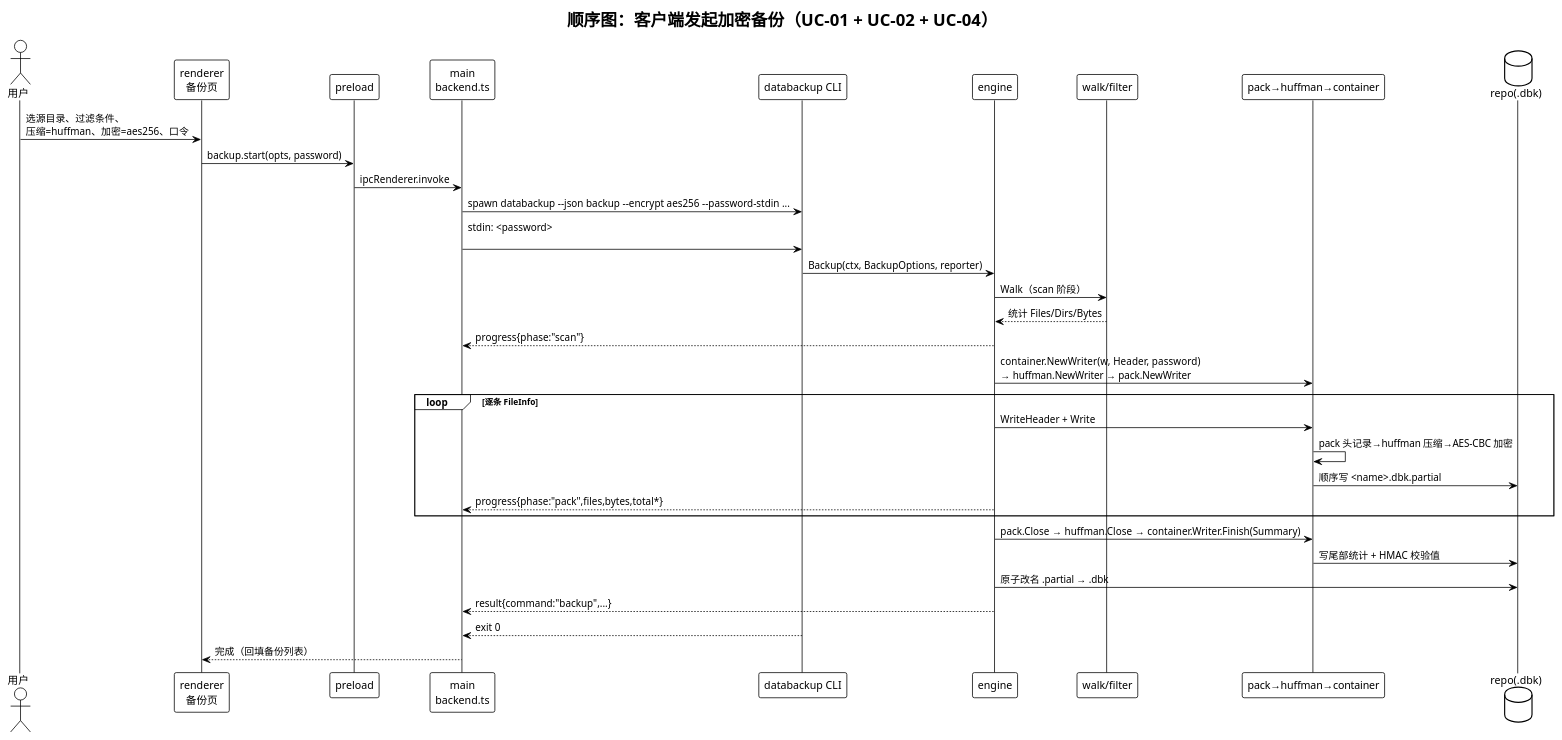
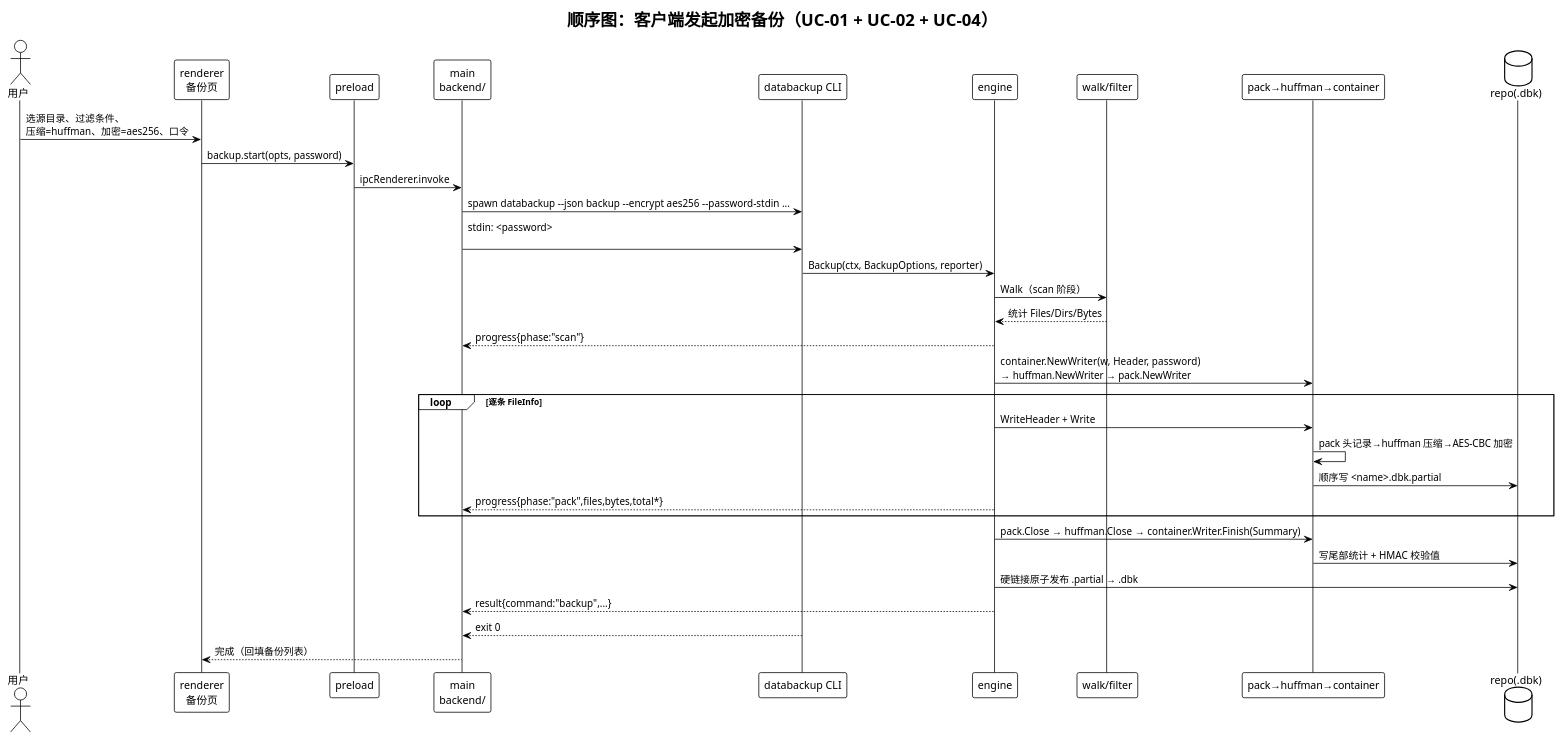
The diagram in docs/deliverables/diagrams/seq-backup.puml (Piaoxuemoli/software-class-qoobeewang), drawn with PlantUML before and after one commit. The commit also changed 16 other files, not shown here.

```diff
--- a/docs/deliverables/diagrams/seq-backup.puml
+++ b/docs/deliverables/diagrams/seq-backup.puml
@@ -1,37 +1,37 @@
 @startuml seq-backup
 !theme plain
 title 顺序图：客户端发起加密备份（UC-01 + UC-02 + UC-04）
 
 actor 用户 as U
 participant "renderer\n备份页" as R
 participant "preload" as P
-participant "main\nbackend.ts" as M
+participant "main\nbackend/" as M
 participant "databackup CLI" as C
 participant "engine" as E
 participant "walk/filter" as W
 participant "pack→huffman→container" as D
 database "repo(.dbk)" as RE
 
 U -> R : 选源目录、过滤条件、\n压缩=huffman、加密=aes256、口令
 R -> P : backup.start(opts, password)
 P -> M : ipcRenderer.invoke
 M -> C : spawn databackup ~--json backup ~--encrypt aes256 ~--password-stdin ...
 M -> C : stdin: <password>\n
 C -> E : Backup(ctx, BackupOptions, reporter)
 E -> W : Walk（scan 阶段）
 W --> E : 统计 Files/Dirs/Bytes
 E --> M : progress{phase:"scan"}
 E -> D : container.NewWriter(w, Header, password)\n→ huffman.NewWriter → pack.NewWriter
 loop 逐条 FileInfo
   E -> D : WriteHeader + Write
   D -> D : pack 头记录→huffman 压缩→AES-CBC 加密
   D -> RE : 顺序写 <name>.dbk.partial
   E --> M : progress{phase:"pack",files,bytes,total*}
 end
 E -> D : pack.Close → huffman.Close → container.Writer.Finish(Summary)
 D -> RE : 写尾部统计 + HMAC 校验值
-E -> RE : 原子改名 .partial → .dbk
+E -> RE : 硬链接原子发布 .partial → .dbk
 E --> M : result{command:"backup",...}
 C --> M : exit 0
 M --> R : 完成（回填备份列表）
 @enduml
```
